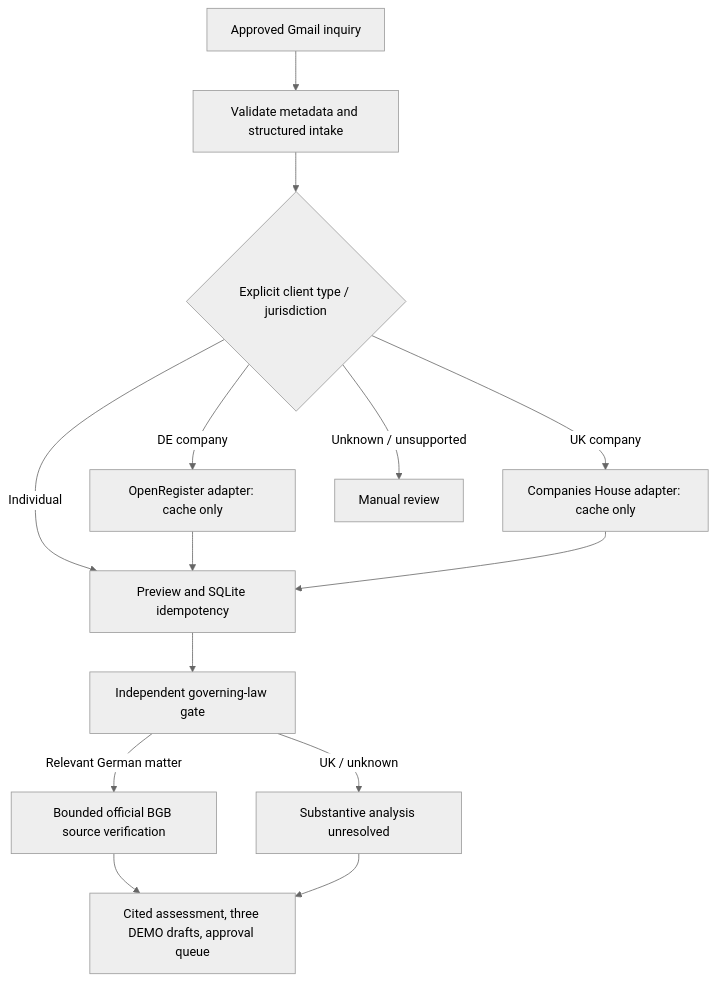
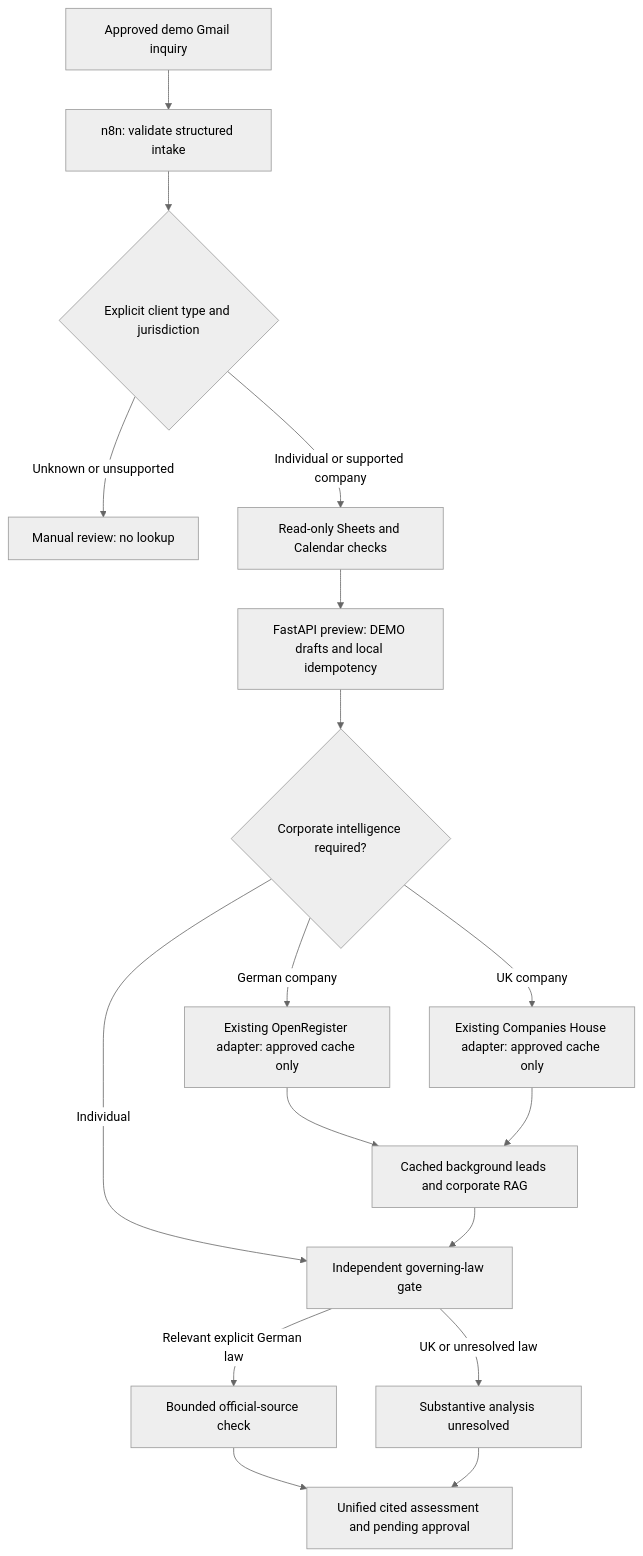
Before and after one commit to sean173-lang/INCEPT: the diagram in docs/architecture.md, drawn with Mermaid (neutral theme). The commit also changed other lines of this file and 3 other files, not shown here.

Commit message:
docs: present INCEPT legal onboarding and corporate intelligence

````diff
--- a/docs/architecture.md
+++ b/docs/architecture.md
@@ -5,16 +7,19 @@
 ```mermaid
 flowchart TD
- A[Approved Gmail inquiry] --> B[Validate metadata and structured intake]
- B --> C{Explicit client type / jurisdiction}
- C -->|Individual| D[Preview and SQLite idempotency]
- C -->|DE company| E[OpenRegister adapter: cache only]
- C -->|UK company| F[Companies House adapter: cache only]
- C -->|Unknown / unsupported| R[Manual review]
- E --> D
- F --> D
- D --> G[Independent governing-law gate]
- G -->|Relevant German matter| H[Bounded official BGB source verification]
- G -->|UK / unknown| I[Substantive analysis unresolved]
- H --> J[Cited assessment, three DEMO drafts, approval queue]
+ A[Approved demo Gmail inquiry] --> B[n8n: validate structured intake]
+ B --> C{Explicit client type and jurisdiction}
+ C -->|Unknown or unsupported| R[Manual review: no lookup]
+ C -->|Individual or supported company| D[Read-only Sheets and Calendar checks]
+ D --> E[FastAPI preview: DEMO drafts and local idempotency]
+ E --> F{Corporate intelligence required?}
+ F -->|Individual| J[Independent governing-law gate]
+ F -->|German company| G[Existing OpenRegister adapter: approved cache only]
+ F -->|UK company| H[Existing Companies House adapter: approved cache only]
+ G --> I[Cached background leads and corporate RAG]
+ H --> I
  I --> J
+ J -->|Relevant explicit German law| K[Bounded official-source check]
+ J -->|UK or unresolved law| L[Substantive analysis unresolved]
+ K --> M[Unified cited assessment and pending approval]
+ L --> M
 ```
````
